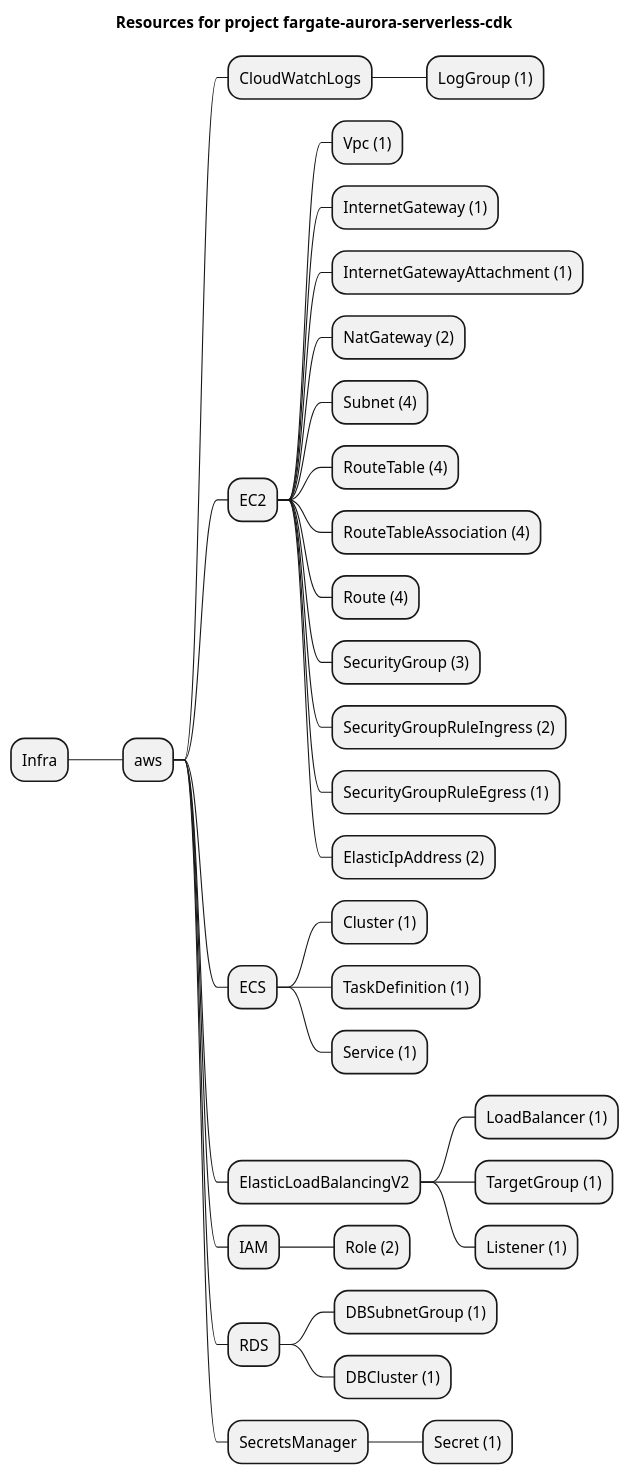
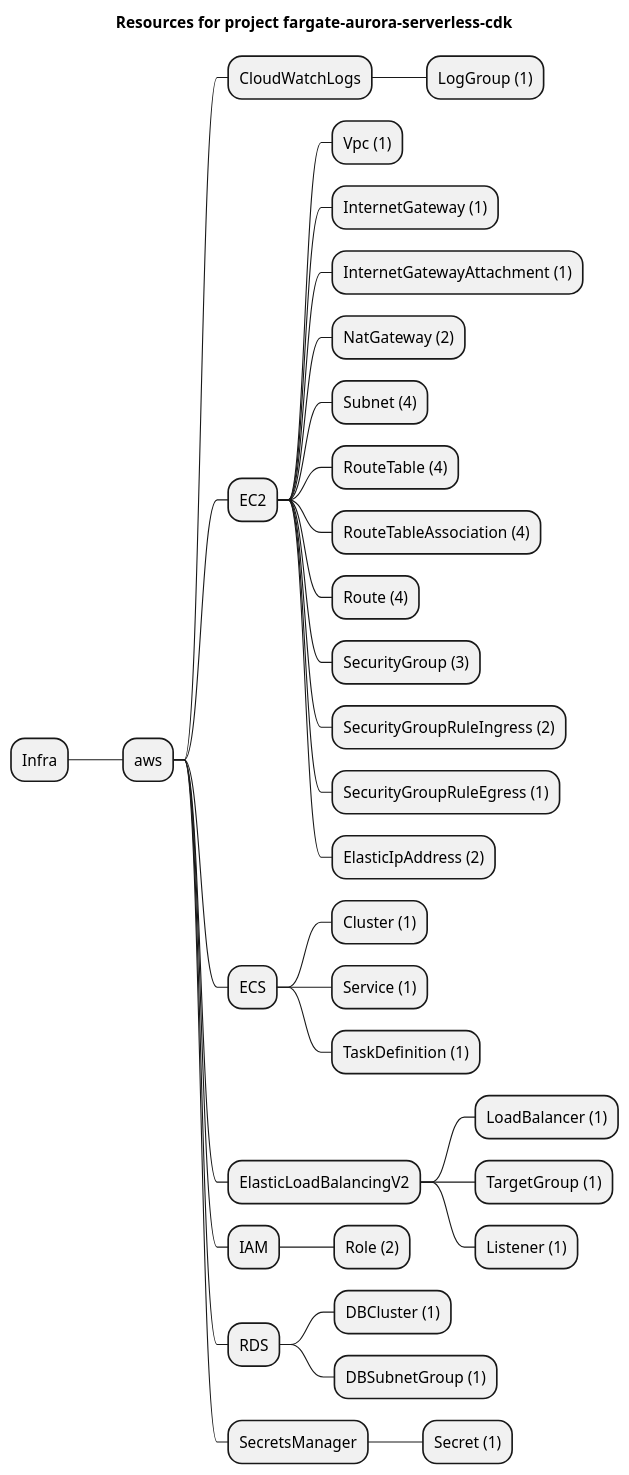
Before and after one commit to grucloud/grucloud: the diagram in examples/aws/serverless-patterns/fargate-aurora-serverless-cdk/artifacts/resources-mindmap.puml, drawn with PlantUML. The commit also changed other lines of this file and 93 other files, not shown here.

```diff
--- a/examples/aws/serverless-patterns/fargate-aurora-serverless-cdk/artifacts/resources-mindmap.puml
+++ b/examples/aws/serverless-patterns/fargate-aurora-serverless-cdk/artifacts/resources-mindmap.puml
@@ -1,36 +1,36 @@
 @startmindmap
 title Resources for project fargate-aurora-serverless-cdk
 skinparam monochrome true
 + Infra
 ++ aws
 +++ CloudWatchLogs
 ++++ LogGroup (1)
 +++ EC2
 ++++ Vpc (1)
 ++++ InternetGateway (1)
 ++++ InternetGatewayAttachment (1)
 ++++ NatGateway (2)
 ++++ Subnet (4)
 ++++ RouteTable (4)
 ++++ RouteTableAssociation (4)
 ++++ Route (4)
 ++++ SecurityGroup (3)
 ++++ SecurityGroupRuleIngress (2)
 ++++ SecurityGroupRuleEgress (1)
 ++++ ElasticIpAddress (2)
 +++ ECS
 ++++ Cluster (1)
+++++ Service (1)
 ++++ TaskDefinition (1)
-++++ Service (1)
 +++ ElasticLoadBalancingV2
 ++++ LoadBalancer (1)
 ++++ TargetGroup (1)
 ++++ Listener (1)
 +++ IAM
 ++++ Role (2)
 +++ RDS
+++++ DBCluster (1)
 ++++ DBSubnetGroup (1)
-++++ DBCluster (1)
 +++ SecretsManager
 ++++ Secret (1)
 @endmindmap
```
